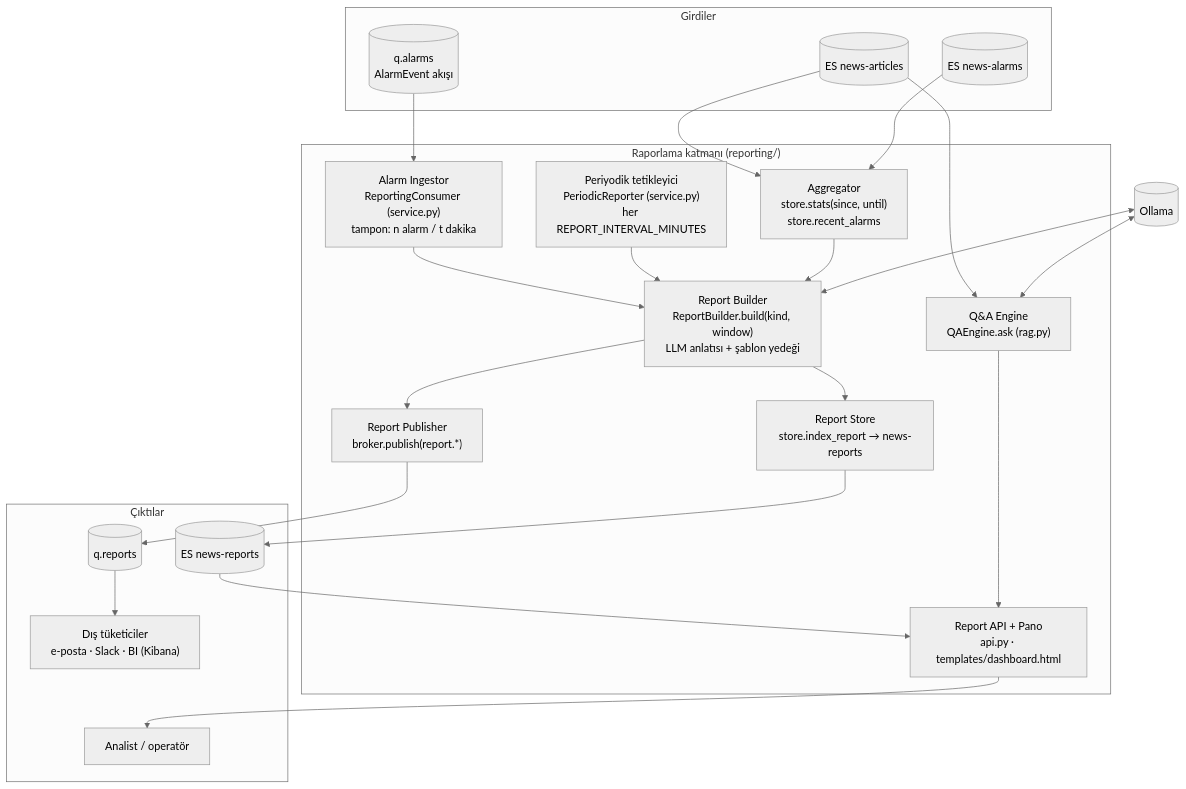
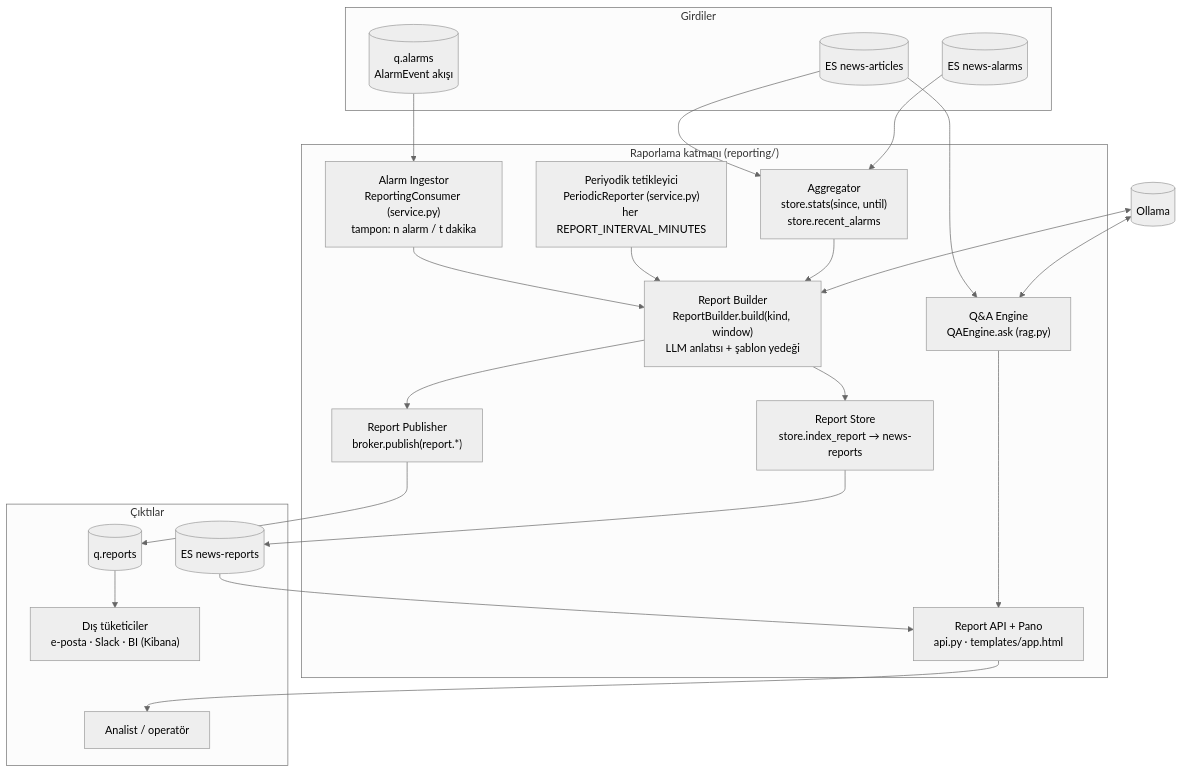
The fourth of 4 diagrams in docs/ARCHITECTURE.md (kaantiftikci/scraperhryt), drawn with Mermaid (neutral theme) before and after one commit. The commit also changed other lines of this file and 12 other files, not shown here.

````diff
--- a/docs/ARCHITECTURE.md
+++ b/docs/ARCHITECTURE.md
@@ -224,40 +224,40 @@
 ```mermaid
 flowchart TB
     subgraph Girdiler
         QA[("q.alarms<br/>AlarmEvent akışı")]
         ESA[("ES news-articles")]
         ESL[("ES news-alarms")]
     end
 
     subgraph Raporlama["Raporlama katmanı (reporting/)"]
         ING["Alarm Ingestor<br/>ReportingConsumer (service.py)<br/>tampon: n alarm / t dakika"]
         PER["Periyodik tetikleyici<br/>PeriodicReporter (service.py)<br/>her REPORT_INTERVAL_MINUTES"]
         AGG["Aggregator<br/>store.stats(since, until)<br/>store.recent_alarms"]
         BLD["Report Builder<br/>ReportBuilder.build(kind, window)<br/>LLM anlatısı + şablon yedeği"]
         STO["Report Store<br/>store.index_report → news-reports"]
         PUB["Report Publisher<br/>broker.publish(report.*)"]
         QNA["Q&A Engine<br/>QAEngine.ask (rag.py)"]
-        API["Report API + Pano<br/>api.py · templates/dashboard.html"]
+        API["Report API + Pano<br/>api.py · templates/app.html"]
     end
 
     subgraph Çıktılar
         ESR[("ES news-reports")]
         QR[("q.reports")]
         OUT["Dış tüketiciler<br/>e-posta · Slack · BI (Kibana)"]
         USER["Analist / operatör"]
     end
 
     QA --> ING --> BLD
     PER --> BLD
     ESA --> AGG
     ESL --> AGG
     AGG --> BLD
     BLD --> STO --> ESR
     BLD --> PUB --> QR --> OUT
     ESR --> API
     ESA --> QNA
     QNA --> API
     API --> USER
     O[("Ollama")] <--> BLD
     O <--> QNA
 ```
````
